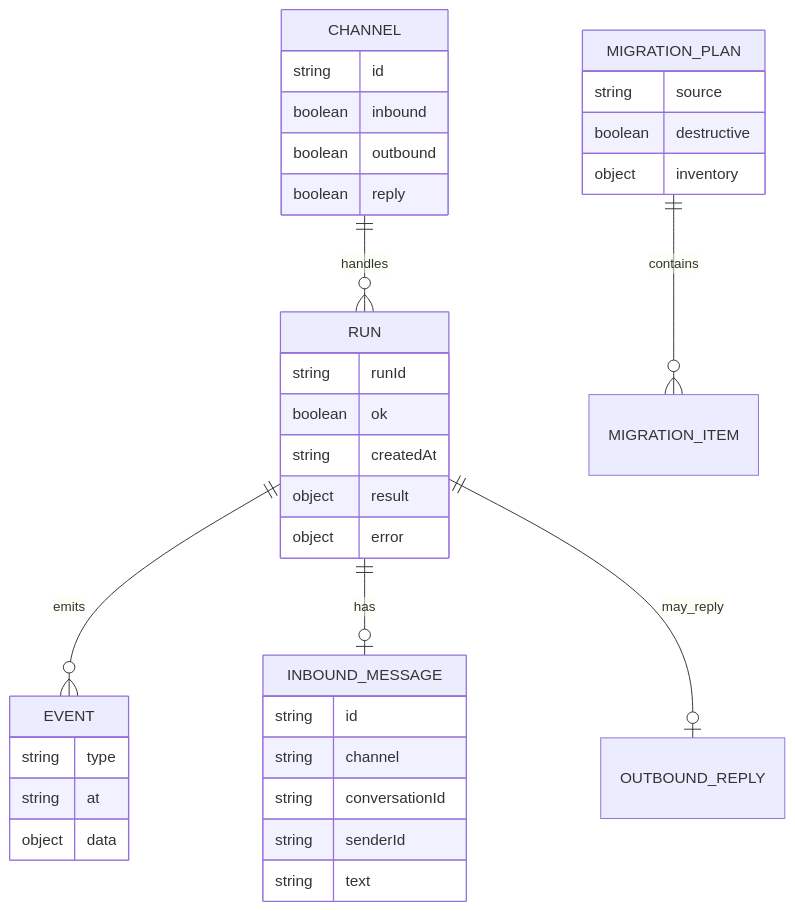
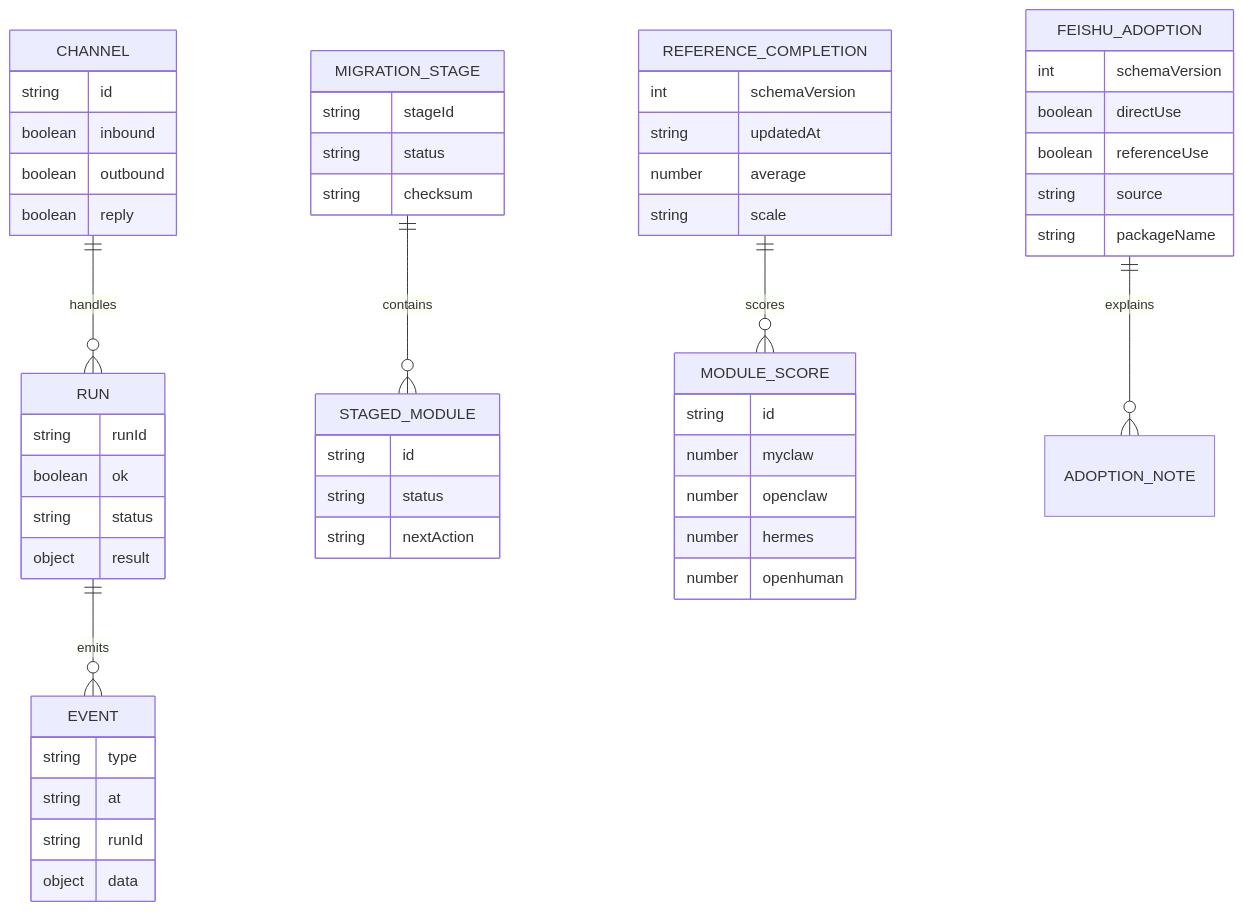
Before and after one commit to mayf3/myclaw: the sixth of 8 diagrams in docs/implementation-architecture.md, drawn with Mermaid. The commit also changed other lines of this file and 13 other files, not shown here.

````diff
--- a/docs/implementation-architecture.md
+++ b/docs/implementation-architecture.md
@@ -175,39 +217,17 @@
 ```mermaid
 erDiagram
   RUN ||--o{ EVENT : emits
-  RUN ||--o| INBOUND_MESSAGE : has
-  RUN ||--o| OUTBOUND_REPLY : may_reply
   CHANNEL ||--o{ RUN : handles
-  MIGRATION_PLAN ||--o{ MIGRATION_ITEM : contains
+  MIGRATION_STAGE ||--o{ STAGED_MODULE : contains
+  REFERENCE_COMPLETION ||--o{ MODULE_SCORE : scores
+  FEISHU_ADOPTION ||--o{ ADOPTION_NOTE : explains
 
-  RUN {
-    string runId
-    boolean ok
-    string createdAt
-    object result
-    object error
-  }
-  EVENT {
-    string type
-    string at
-    object data
-  }
-  INBOUND_MESSAGE {
-    string id
-    string channel
-    string conversationId
-    string senderId
-    string text
-  }
-  CHANNEL {
-    string id
-    boolean inbound
-    boolean outbound
-    boolean reply
-  }
-  MIGRATION_PLAN {
-    string source
-    boolean destructive
-    object inventory
-  }
+  RUN { string runId boolean ok string status object result }
+  EVENT { string type string at string runId object data }
+  CHANNEL { string id boolean inbound boolean outbound boolean reply }
+  MIGRATION_STAGE { string stageId string status string checksum }
+  STAGED_MODULE { string id string status string nextAction }
+  REFERENCE_COMPLETION { int schemaVersion string updatedAt number average string scale }
+  MODULE_SCORE { string id number myclaw number openclaw number hermes number openhuman }
+  FEISHU_ADOPTION { int schemaVersion boolean directUse boolean referenceUse string source string packageName }
 ```
````
